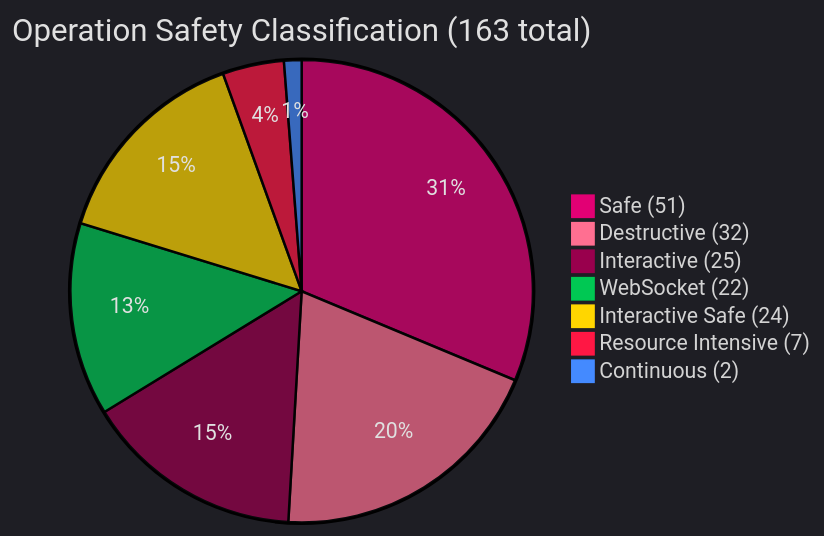
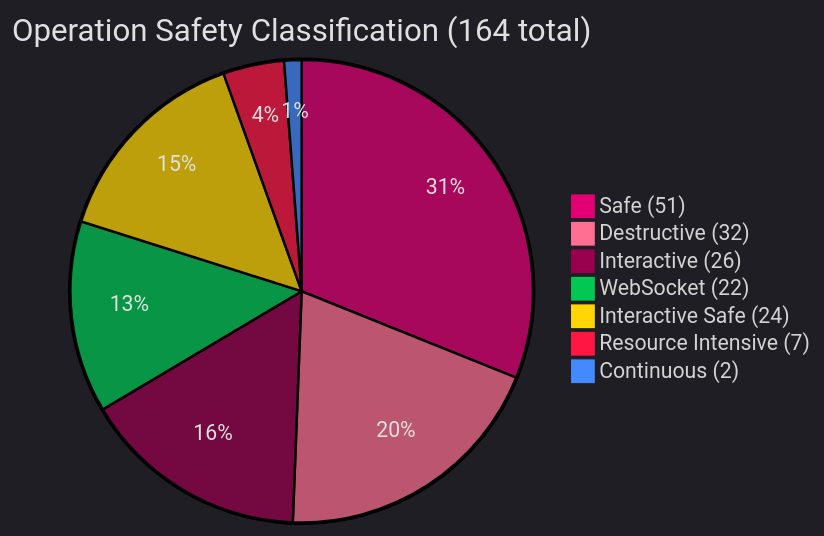
The first of 5 diagrams in documentation/diagrams/operations/metrics-and-analytics.md (jmorrison-juniper/MistHelper), drawn with Mermaid before and after one commit. The commit also changed other lines of this file and 44 other files, not shown here.

````diff
--- a/documentation/diagrams/operations/metrics-and-analytics.md
+++ b/documentation/diagrams/operations/metrics-and-analytics.md
@@ -11,28 +11,28 @@
 ```mermaid
 %%{init: {'theme': 'dark', 'themeVariables': {
   'primaryColor': '#E20074',
   'primaryTextColor': '#E0E0E0',
   'primaryBorderColor': '#99004D',
   'lineColor': '#FF4DA6',
   'secondaryColor': '#16213E',
   'tertiaryColor': '#1A1A2E',
   'pie1': '#E20074',
   'pie2': '#FF6F91',
   'pie3': '#99004D',
   'pie4': '#00C853',
   'pie5': '#FFD600',
   'pie6': '#FF1744',
   'pie7': '#448AFF',
   'pie8': '#A0A0B0',
   'pieTitleTextColor': '#E0E0E0',
   'pieSectionTextColor': '#E0E0E0'
 }, 'pie': {'textPosition': 0.75}}}%%
-pie title Operation Safety Classification (163 total)
+pie title Operation Safety Classification (164 total)
     "Safe (51)" : 51
     "Destructive (32)" : 32
-    "Interactive (25)" : 25
+    "Interactive (26)" : 26
     "WebSocket (22)" : 22
     "Interactive Safe (24)" : 24
     "Resource Intensive (7)" : 7
     "Continuous (2)" : 2
 ```
````
